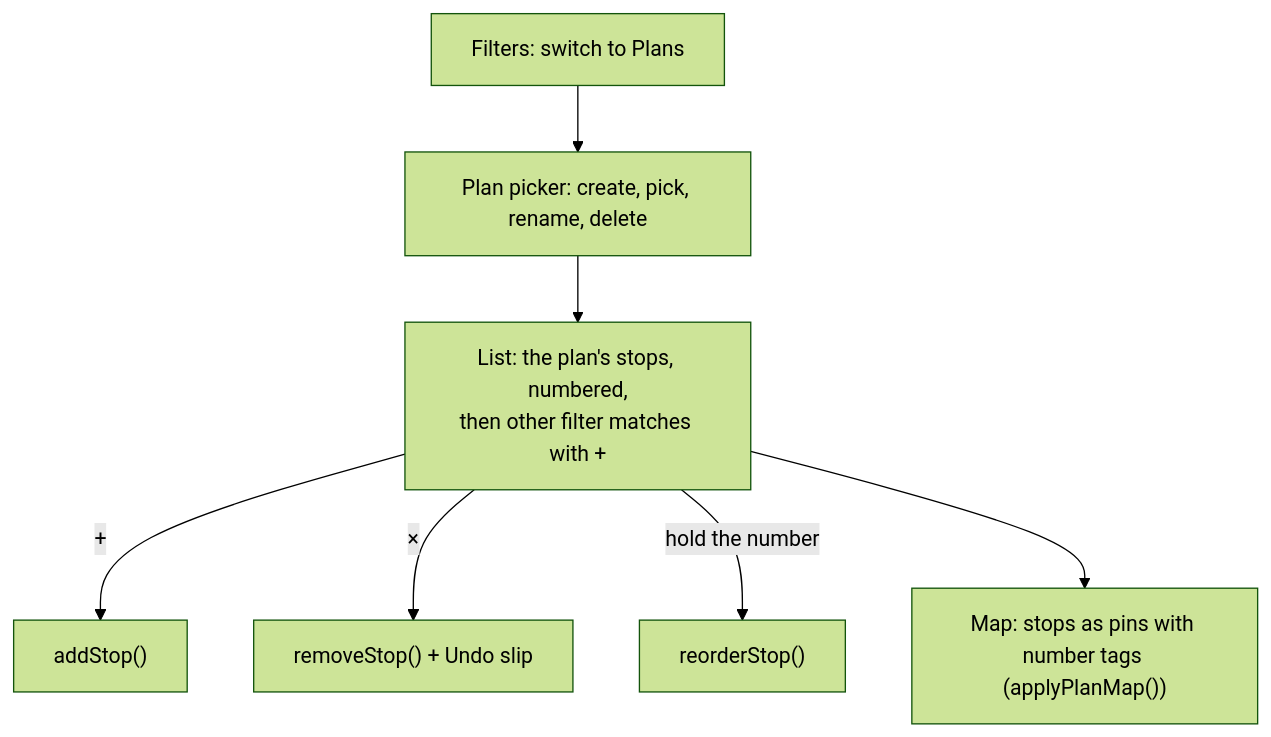
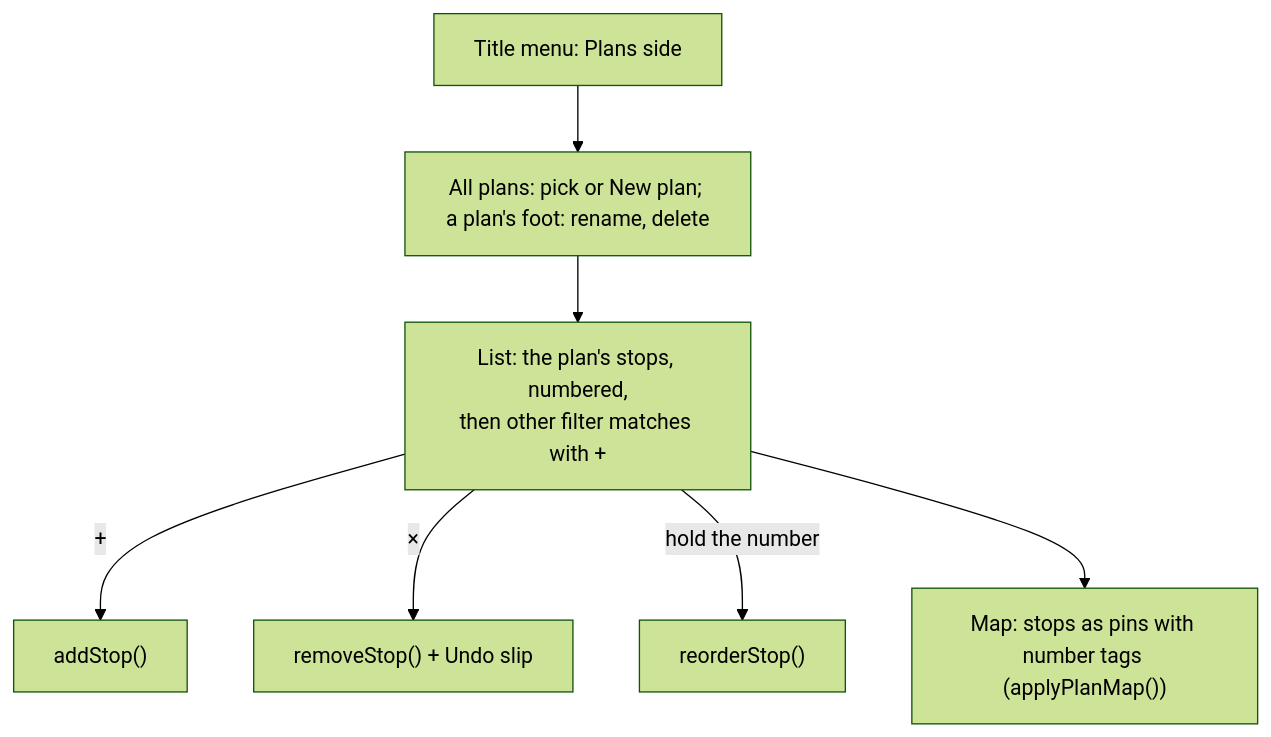
Before and after one commit to adamtrabold/triplet: the eighth of 10 diagrams in docs/architecture.md, drawn with Mermaid (forest theme). The commit also changed other lines of this file and 25 other files, not shown here.

First line of the commit message:
Add-tag jam phase 1, batch B: the approved looks (menu down + locked box, add-from city sections, wavy Add places break, plan foot, hidden in ink-2, compact go-to landing, zero plans row)

````diff
--- a/docs/architecture.md
+++ b/docs/architecture.md
@@ -266,9 +266,9 @@
 ```mermaid
 flowchart TD
-  A[Filters: switch to Plans] --> B["Plan picker: create, pick, rename, delete"]
+  A["Title menu: Plans side"] --> B["All plans: pick or New plan; a plan's foot: rename, delete"]
   B --> C["List: the plan's stops, numbered,<br/>then other filter matches with +"]
   C -->|"+"| D["addStop()"]
   C -->|"×"| E["removeStop() + Undo slip"]
   C -->|hold the number| F["reorderStop()"]
   C --> G["Map: stops as pins with number tags (applyPlanMap())"]
 ```
````
